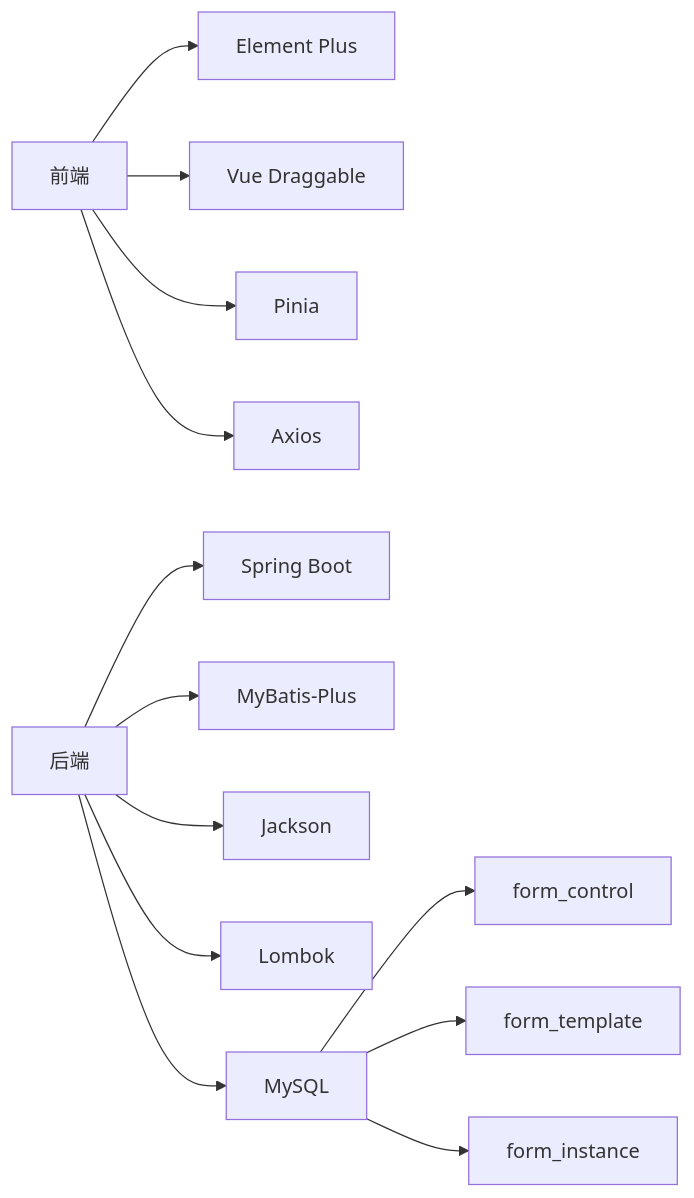
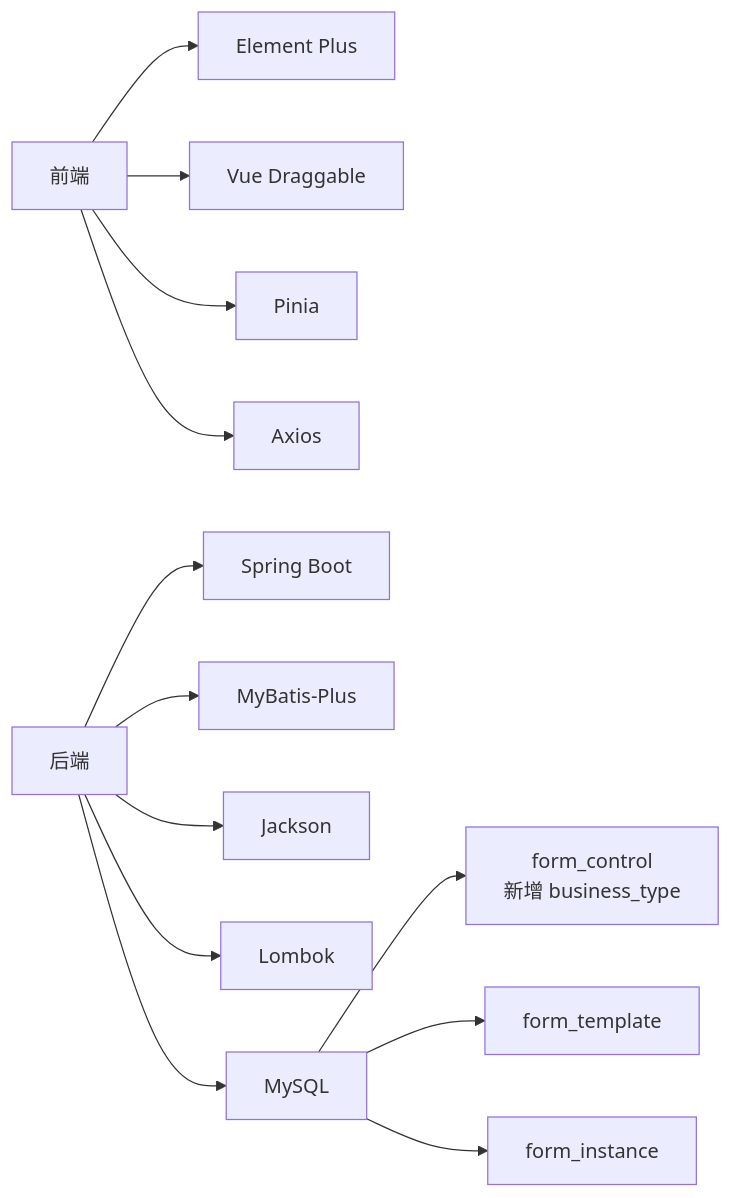
Before and after one commit to NJMrLi/genetics: the seventh of 7 diagrams in .qoder/repowiki/zh/content/前端架构设计/动态表单渲染机制/动态表单渲染机制.md, drawn with Mermaid. The commit also changed other lines of this file and 19 other files, not shown here.

````diff
--- a/.qoder/repowiki/zh/content/前端架构设计/动态表单渲染机制/动态表单渲染机制.md
+++ b/.qoder/repowiki/zh/content/前端架构设计/动态表单渲染机制/动态表单渲染机制.md
@@ -320,15 +454,15 @@
 ```mermaid
 graph LR
 FE["前端"] --> EP["Element Plus"]
 FE --> DRAG["Vue Draggable"]
 FE --> PINIA["Pinia"]
 FE --> AX["Axios"]
 BE["后端"] --> SB["Spring Boot"]
 BE --> MB["MyBatis-Plus"]
 BE --> JACK["Jackson"]
 BE --> LOMB["Lombok"]
 BE --> DB["MySQL"]
-DB --> FC["form_control"]
+DB --> FC["form_control<br/>新增 business_type"]
 DB --> FT["form_template"]
 DB --> FI["form_instance"]
 ```
````
